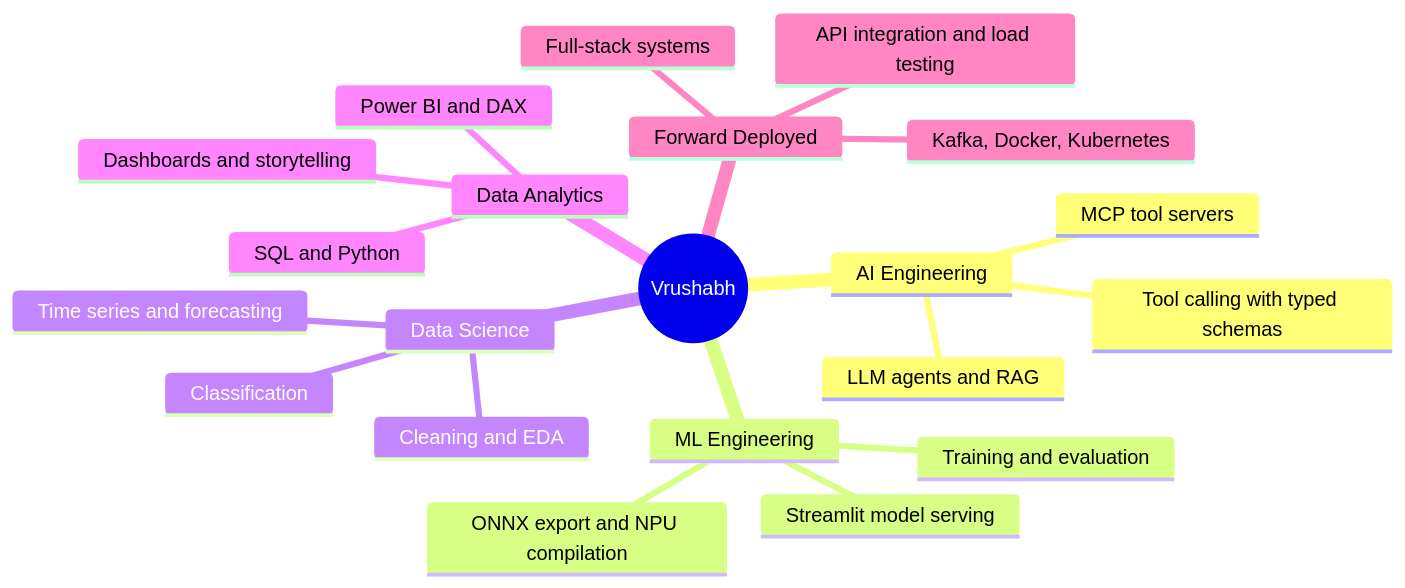
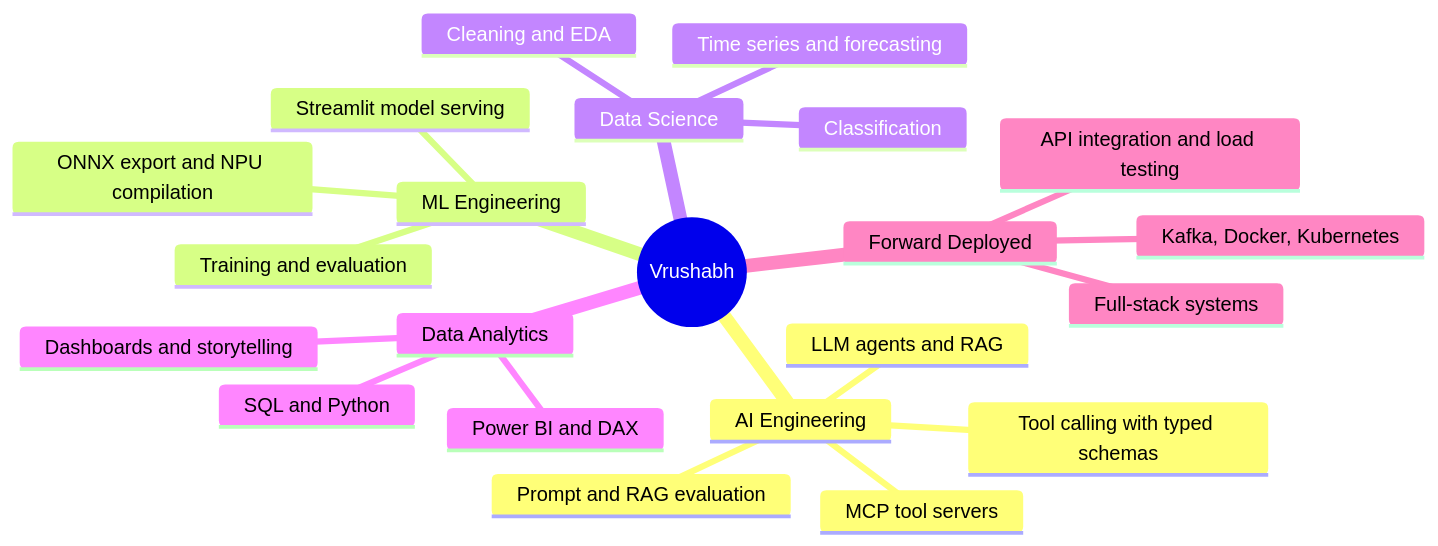
The first of 3 diagrams in README.md (vrushabh05/vrushabh05), drawn with Mermaid before and after one commit. The commit also changed other lines of this file, not shown here.

Commit message:
Profile: add prompting and RAG, NLP, deep learning and ML fundamentals projects

````diff
--- a/README.md
+++ b/README.md
@@ -29,24 +29,25 @@
 ```mermaid
 mindmap
   root((Vrushabh))
     AI Engineering
       MCP tool servers
       LLM agents and RAG
+      Prompt and RAG evaluation
       Tool calling with typed schemas
     ML Engineering
       Training and evaluation
       ONNX export and NPU compilation
       Streamlit model serving
     Data Science
       Cleaning and EDA
       Classification
       Time series and forecasting
     Data Analytics
       Power BI and DAX
       SQL and Python
       Dashboards and storytelling
     Forward Deployed
       Full-stack systems
       Kafka, Docker, Kubernetes
       API integration and load testing
 ```
````
